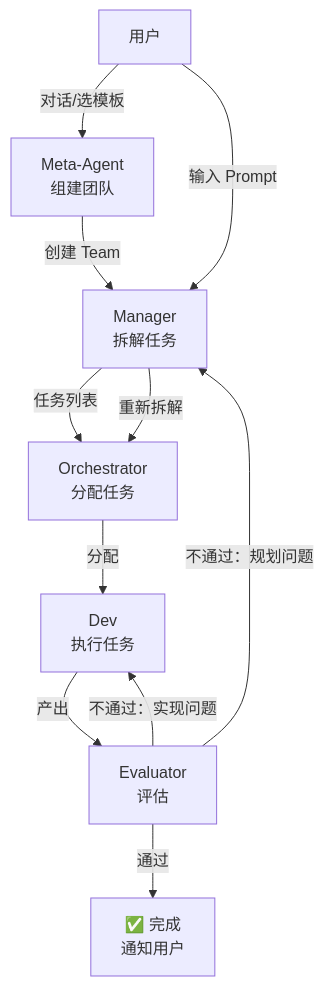
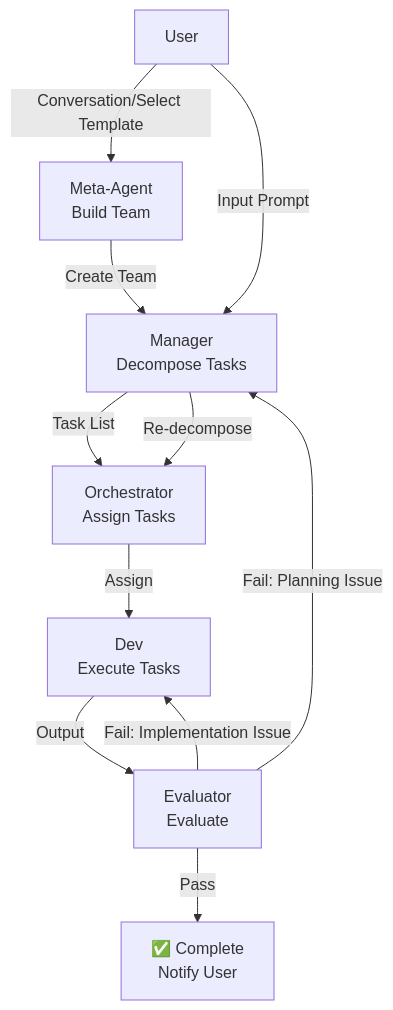
Before and after one commit to lchaoer/Polygents: the fourth of 10 diagrams in docs/design.md, drawn with Mermaid. The commit also changed other lines of this file and 4 other files, not shown here.

````diff
--- a/docs/design.md
+++ b/docs/design.md
@@ -265,13 +265,13 @@
 ```mermaid
 graph TD
-    U[用户] -->|对话/选模板| MA[Meta-Agent<br/>组建团队]
-    MA -->|创建 Team| M[Manager<br/>拆解任务]
-    U -->|输入 Prompt| M
-    M -->|任务列表| O[Orchestrator<br/>分配任务]
-    O -->|分配| D[Dev<br/>执行任务]
-    D -->|产出| E[Evaluator<br/>评估]
-    E -->|通过| DONE[✅ 完成<br/>通知用户]
-    E -->|"不通过：实现问题"| D
-    E -->|"不通过：规划问题"| M
-    M -->|重新拆解| O
+    U[User] -->|Conversation/Select Template| MA[Meta-Agent<br/>Build Team]
+    MA -->|Create Team| M[Manager<br/>Decompose Tasks]
+    U -->|Input Prompt| M
+    M -->|Task List| O[Orchestrator<br/>Assign Tasks]
+    O -->|Assign| D[Dev<br/>Execute Tasks]
+    D -->|Output| E[Evaluator<br/>Evaluate]
+    E -->|Pass| DONE[✅ Complete<br/>Notify User]
+    E -->|"Fail: Implementation Issue"| D
+    E -->|"Fail: Planning Issue"| M
+    M -->|Re-decompose| O
 ```
````
